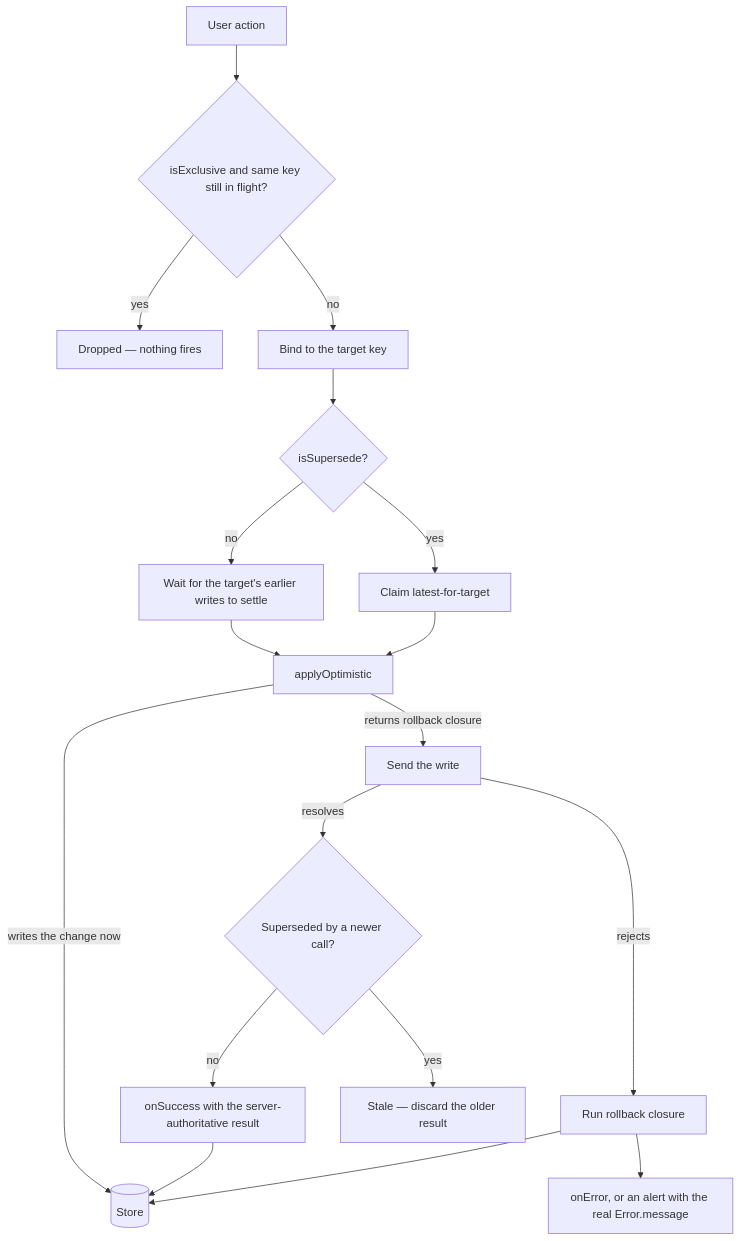
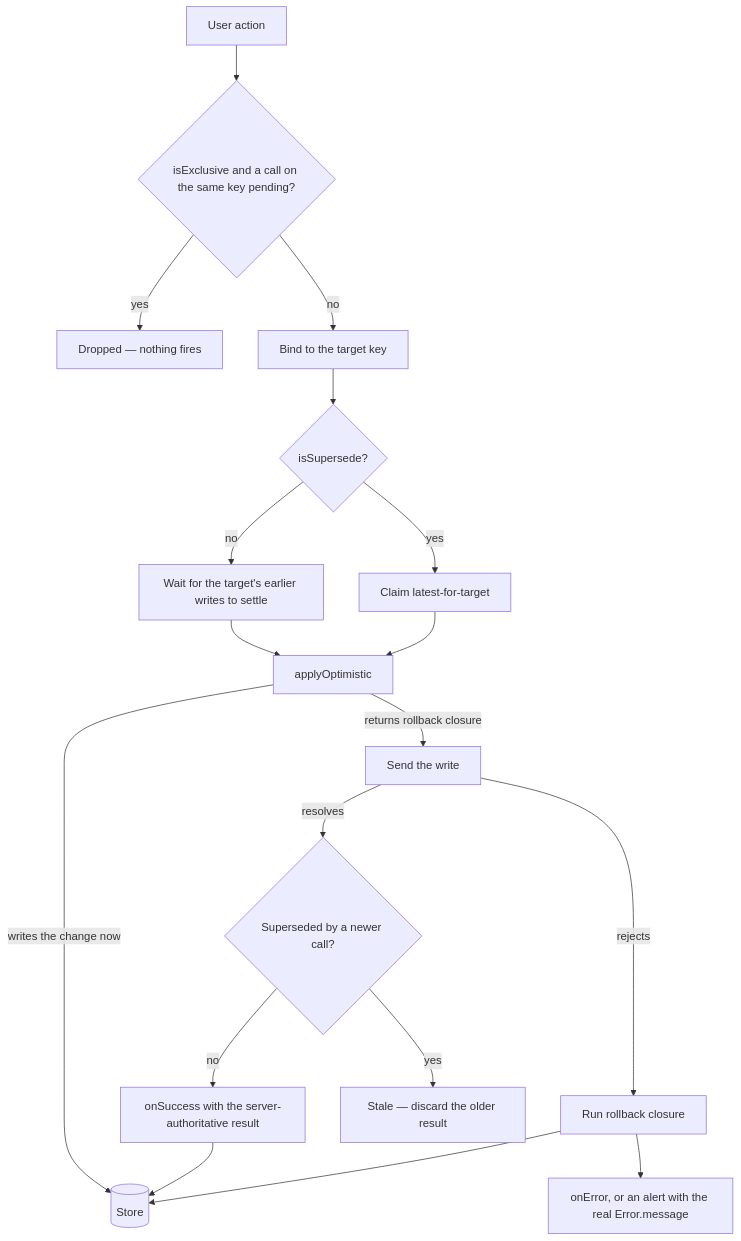
The second of 2 diagrams in openspec/specs/architecture/async-operations/design.md (Esposter/Esposter), drawn with Mermaid before and after one commit. The commit also changed other lines of this file and 31 other files, not shown here.

````diff
--- a/openspec/specs/architecture/async-operations/design.md
+++ b/openspec/specs/architecture/async-operations/design.md
@@ -137,20 +137,20 @@
 ```mermaid
 flowchart TD
-  Action[User action] --> Exclusive{isExclusive and same key still in flight?}
+  Action[User action] --> Exclusive{isExclusive and a call on the same key pending?}
   Exclusive -->|yes| Dropped[Dropped — nothing fires]
   Exclusive -->|no| Bind[Bind to the target key]
   Bind --> Mode{isSupersede?}
   Mode -->|no| Queue[Wait for the target's earlier writes to settle]
   Mode -->|yes| Latest[Claim latest-for-target]
   Queue --> Apply[applyOptimistic]
   Latest --> Apply
   Apply -->|writes the change now| Store[(Store)]
   Apply -->|returns rollback closure| Send[Send the write]
   Send -->|resolves| Superseded{Superseded by a newer call?}
   Send -->|rejects| Rollback[Run rollback closure]
   Superseded -->|no| Success[onSuccess with the server-authoritative result]
   Superseded -->|yes| Stale[Stale — discard the older result]
   Success --> Store
   Rollback --> Store
   Rollback --> Report[onError, or an alert with the real Error.message]
 ```
````
